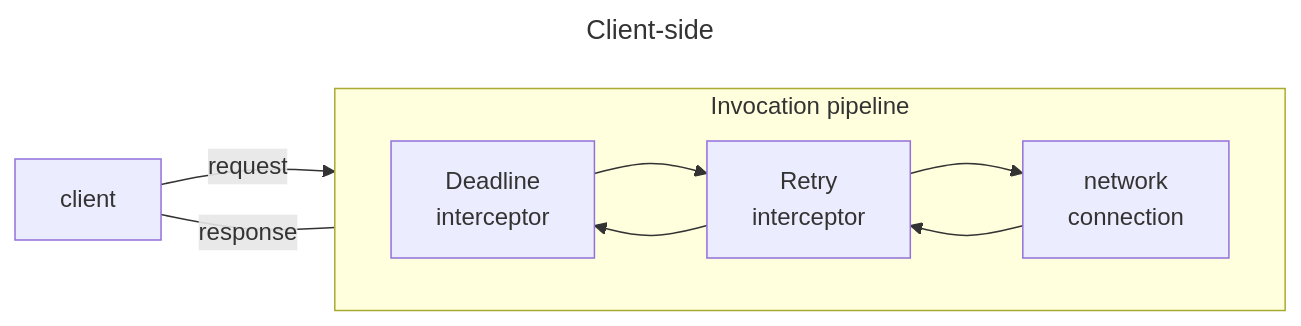
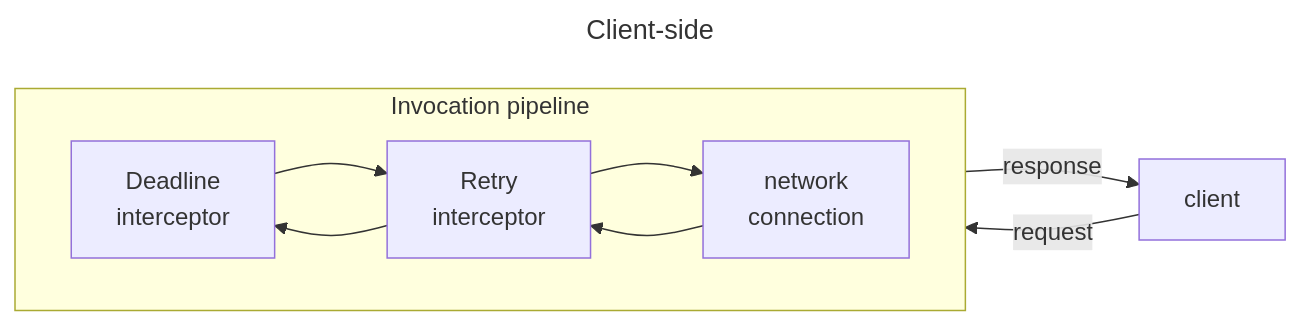
Before and after one commit to icerpc/icerpc-csharp: the first of 2 diagrams in README.md, drawn with Mermaid. The commit also changed other lines of this file, not shown here.

Commit message:
Fix Mermaid diagrams

````diff
--- a/README.md
+++ b/README.md
@@ -80,12 +80,11 @@
 ```mermaid
 ---
 title: Client-side
 ---
 flowchart LR
+    client -- request --> di -- response --> client
     subgraph pipeline[Invocation pipeline]
         direction LR
         di[Deadline<br>interceptor] --> ri[Retry<br>interceptor] --> connection[network<br>connection] --> ri --> di
     end
-    client -- request --> di
-    client -- response --- di
 ```
````
